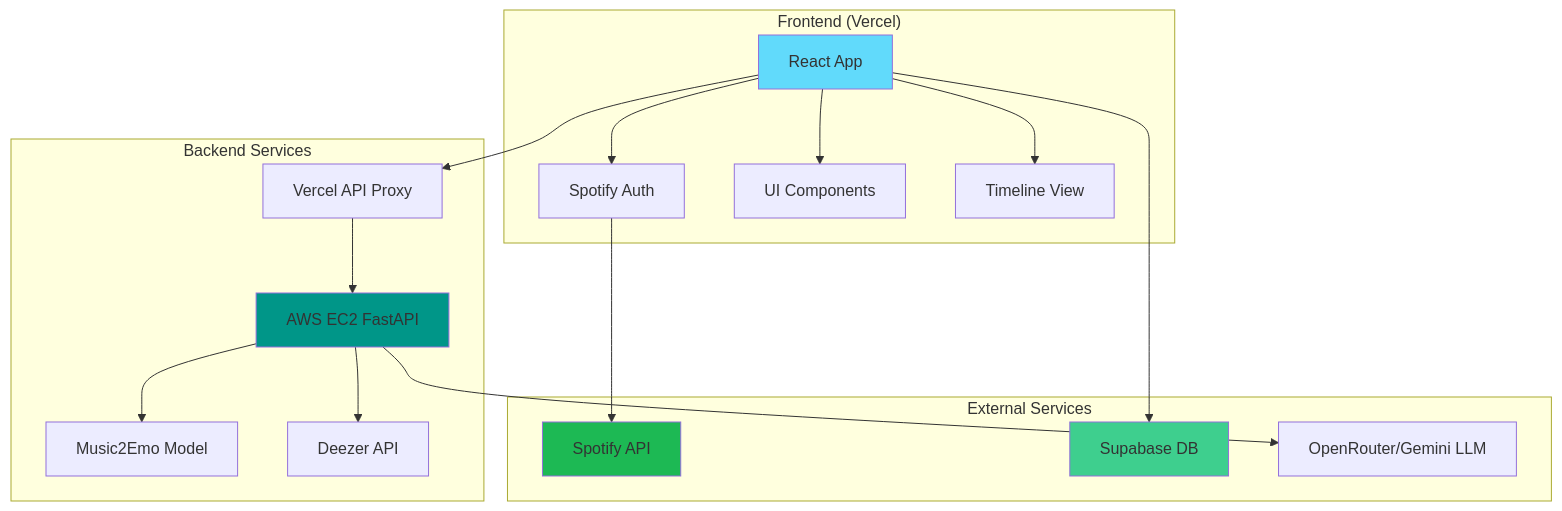
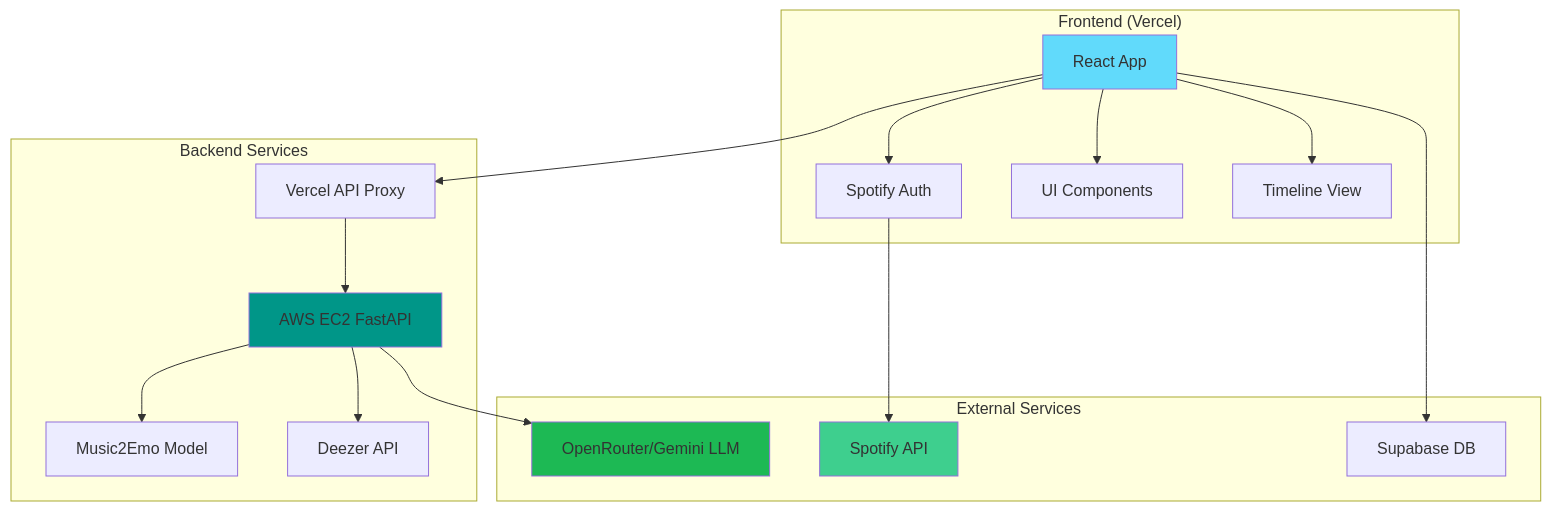
One commit to bjh-developer/vibelines changed the first of 2 diagrams in TECHNICAL_DOCUMENTATION.md. Above: the diagram before and after it, drawn with Mermaid. The commit also changed other lines of this file, not shown here.

````diff
--- a/TECHNICAL_DOCUMENTATION.md
+++ b/TECHNICAL_DOCUMENTATION.md
@@ -55,30 +52,30 @@
 ```mermaid
 graph TB
     subgraph "Frontend (Vercel)"
         A[React App] --> B[Spotify Auth]
         A --> C[UI Components]
         A --> D[Timeline View]
     end
     
     subgraph "Backend Services"
         E[Vercel API Proxy] --> F[AWS EC2 FastAPI]
         F --> G[Music2Emo Model]
         F --> H[Deezer API]
     end
     
     subgraph "External Services"
-        I[Spotify API]
-        J[Supabase DB]
-        K[OpenRouter/Gemini LLM]
+        I[OpenRouter/Gemini LLM]
+        J[Spotify API]
+        K[Supabase DB]
     end
     
     A --> E
-    B --> I
-    A --> J
-    F --> K
+    B --> J
+    A --> K
+    F --> I
     
     style A fill:#61dafb
     style F fill:#009688
     style I fill:#1db954
     style J fill:#3ecf8e
 ```
````
